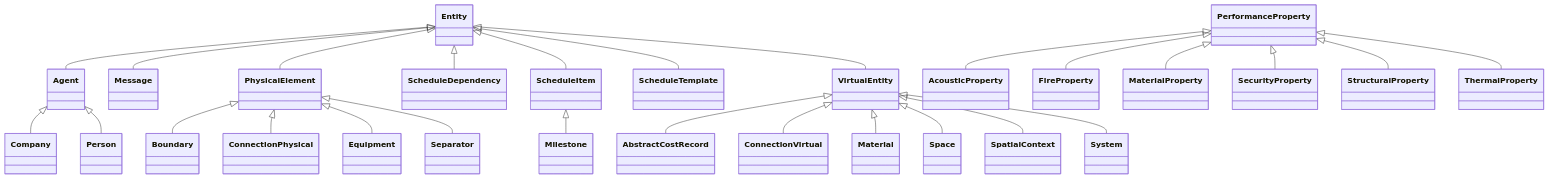
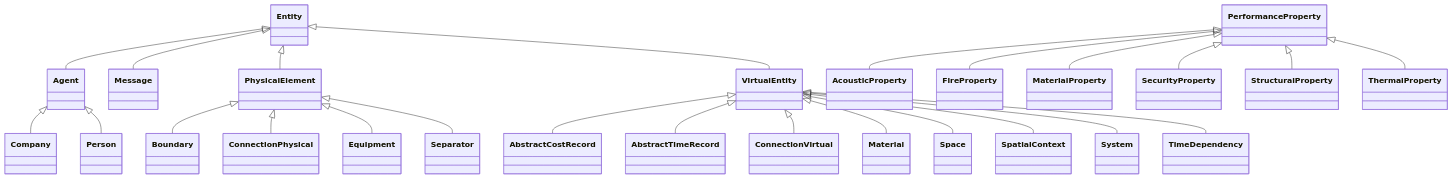
One commit to simondilhas/pragmatic-bim-data-contract changed the second of 6 diagrams in docs/diagrams/docs-preamble.md. Above: the diagram before and after it, drawn with Mermaid. The commit also changed other lines of this file and 21 other files, not shown here.

````diff
--- a/docs/diagrams/docs-preamble.md
+++ b/docs/diagrams/docs-preamble.md
@@ -25,30 +25,28 @@
 ```mermaid
 classDiagram
   direction TB
   Entity <|-- Agent
   Agent <|-- Company
   Agent <|-- Person
   Entity <|-- Message
   Entity <|-- PhysicalElement
   PhysicalElement <|-- Boundary
   PhysicalElement <|-- ConnectionPhysical
   PhysicalElement <|-- Equipment
   PhysicalElement <|-- Separator
-  Entity <|-- ScheduleDependency
-  Entity <|-- ScheduleItem
-  ScheduleItem <|-- Milestone
-  Entity <|-- ScheduleTemplate
   Entity <|-- VirtualEntity
   VirtualEntity <|-- AbstractCostRecord
+  VirtualEntity <|-- AbstractTimeRecord
   VirtualEntity <|-- ConnectionVirtual
   VirtualEntity <|-- Material
   VirtualEntity <|-- Space
   VirtualEntity <|-- SpatialContext
   VirtualEntity <|-- System
+  VirtualEntity <|-- TimeDependency
   PerformanceProperty <|-- AcousticProperty
   PerformanceProperty <|-- FireProperty
   PerformanceProperty <|-- MaterialProperty
   PerformanceProperty <|-- SecurityProperty
   PerformanceProperty <|-- StructuralProperty
   PerformanceProperty <|-- ThermalProperty
 ```
````
